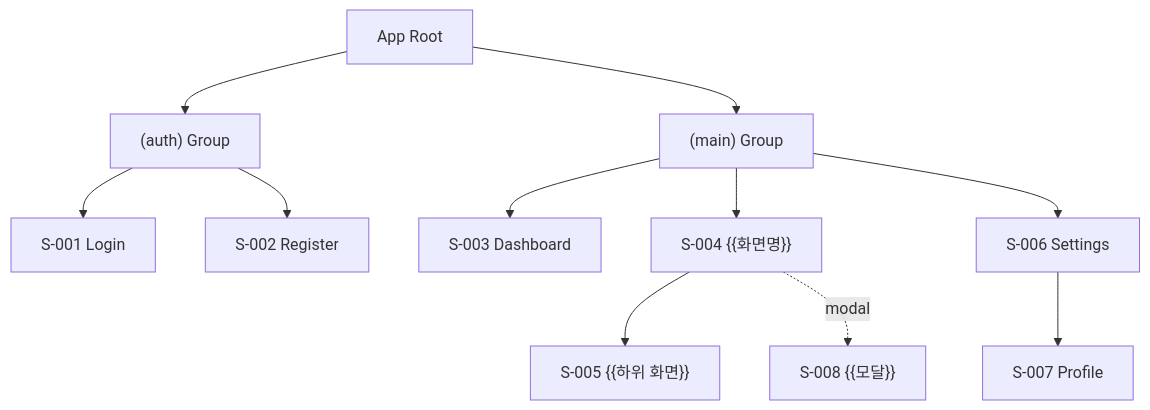
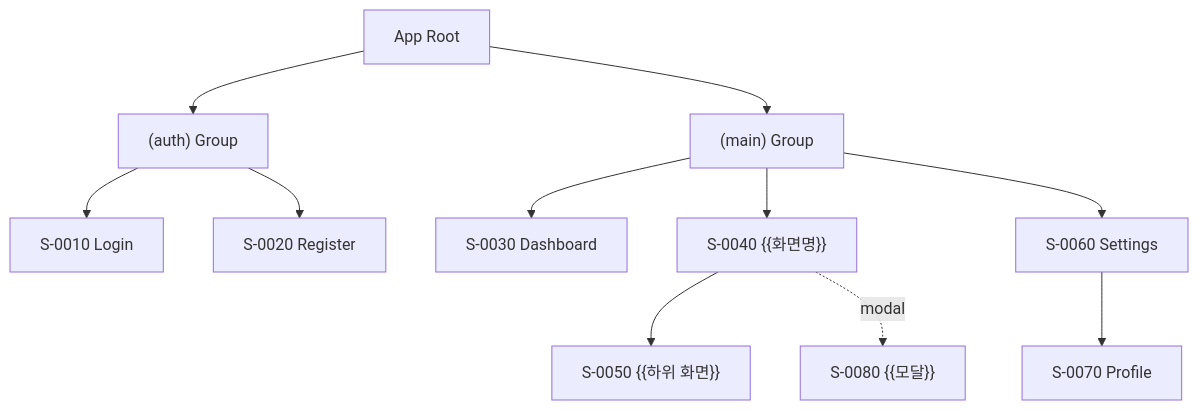
Before and after one commit to upleat-ax/u-maker-plugin: the second of 4 diagrams in templates/02-design/2_Screen_UX.template.md, drawn with Mermaid. The commit also changed other lines of this file and 214 other files, not shown here.

````diff
--- a/templates/02-design/2_Screen_UX.template.md
+++ b/templates/02-design/2_Screen_UX.template.md
@@ -246,13 +246,13 @@
 ```mermaid
 flowchart TD
     ROOT[App Root] --> AUTH_GROUP["(auth) Group"]
     ROOT --> MAIN_GROUP["(main) Group"]
-    AUTH_GROUP --> S001["S-001 Login"]
-    AUTH_GROUP --> S002["S-002 Register"]
-    MAIN_GROUP --> S003["S-003 Dashboard"]
-    MAIN_GROUP --> S004["S-004 {{화면명}}"]
-    S004 --> S005["S-005 {{하위 화면}}"]
-    MAIN_GROUP --> S006["S-006 Settings"]
-    S006 --> S007["S-007 Profile"]
-    S004 -.->|modal| S008["S-008 {{모달}}"]
+    AUTH_GROUP --> S010["S-0010 Login"]
+    AUTH_GROUP --> S020["S-0020 Register"]
+    MAIN_GROUP --> S030["S-0030 Dashboard"]
+    MAIN_GROUP --> S040["S-0040 {{화면명}}"]
+    S040 --> S050["S-0050 {{하위 화면}}"]
+    MAIN_GROUP --> S060["S-0060 Settings"]
+    S060 --> S070["S-0070 Profile"]
+    S040 -.->|modal| S080["S-0080 {{모달}}"]
 ```
````
